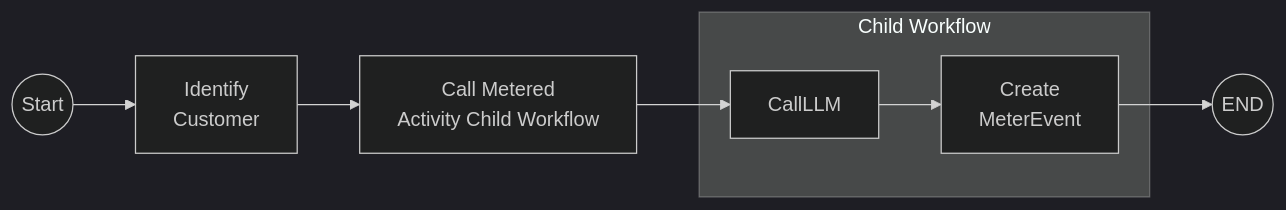
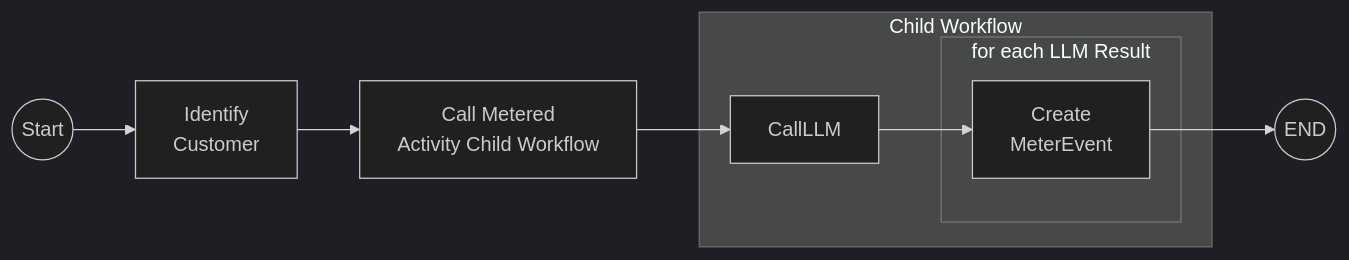
The second of 2 diagrams in README.md (diagrid-labs/dapr-workflow-stripe), drawn with Mermaid (dark theme) before and after one commit. The commit also changed 4 other files, not shown here.

````diff
--- a/README.md
+++ b/README.md
@@ -41,19 +41,21 @@
 ```mermaid
 flowchart LR
     START((Start))
     END((END))
     A[Identify
     Customer]
     B[Call Metered
     Activity Child Workflow]
     subgraph Child Workflow
         C[CallLLM]
-        D[Create
-        MeterEvent]
+        subgraph for each LLM Result
+            D[Create
+            MeterEvent]
+        end
     end
     START --> A
     A --> B
     B --> C
     C --> D
     D --> END
 ```
````
